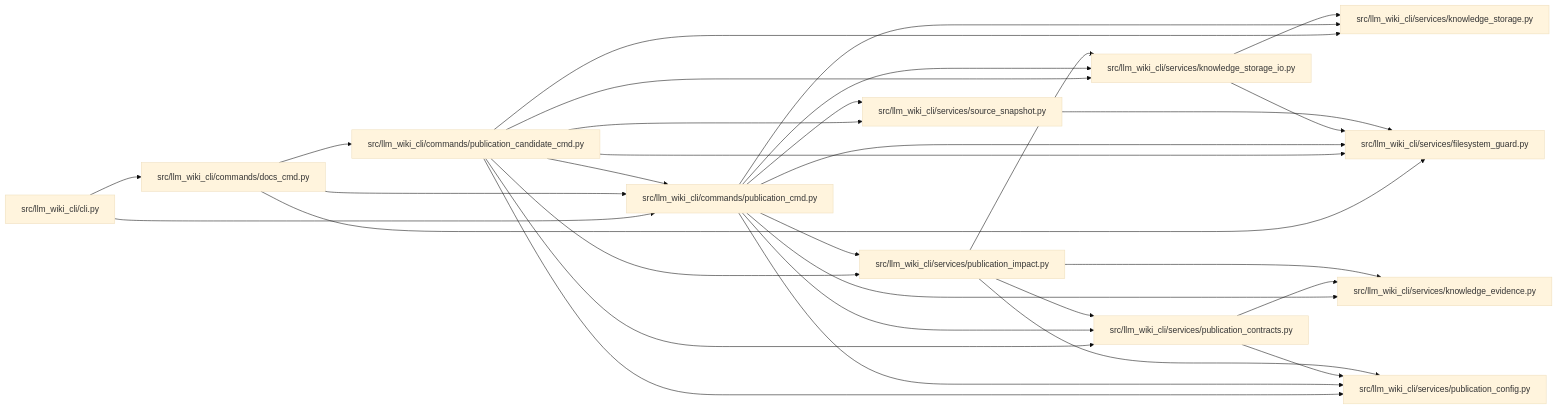
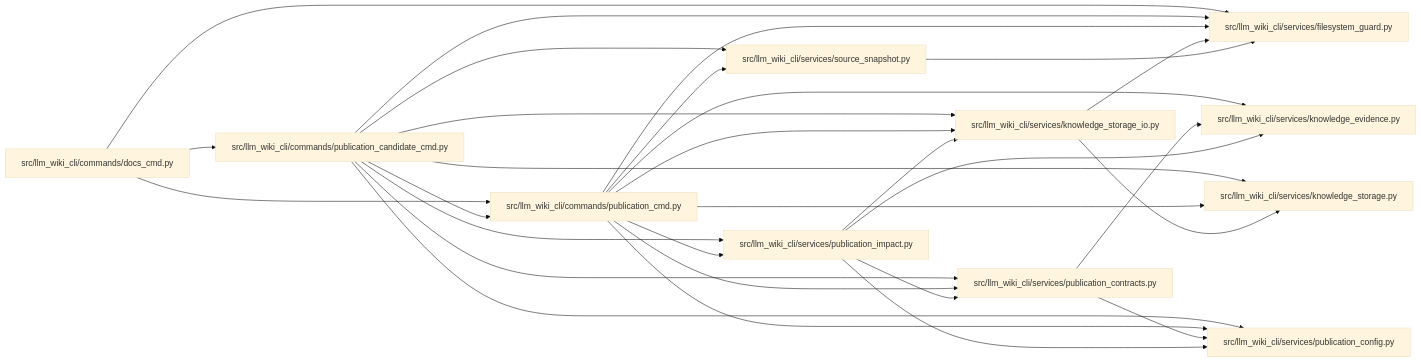
One commit to Denissvgn/python-wiki-llm changed the diagram in docs/llm_wiki/modules/publication_cmd.md. Above: the diagram before and after it, drawn with Mermaid (base theme). The commit also changed other lines of this file and 1555 other files, not shown here.

````diff
--- a/docs/llm_wiki/modules/publication_cmd.md
+++ b/docs/llm_wiki/modules/publication_cmd.md
@@ -31,57 +30,53 @@
 ```mermaid
 flowchart LR
-    n0["src/llm_wiki_cli/cli.py"]
-    n1["src/llm_wiki_cli/commands/docs_cmd.py"]
-    n2["src/llm_wiki_cli/commands/publication_candidate_cmd.py"]
-    n3["src/llm_wiki_cli/commands/publication_cmd.py"]
-    n4["src/llm_wiki_cli/services/filesystem_guard.py"]
-    n5["src/llm_wiki_cli/services/knowledge_evidence.py"]
-    n6["src/llm_wiki_cli/services/knowledge_storage.py"]
-    n7["src/llm_wiki_cli/services/knowledge_storage_io.py"]
-    n8["src/llm_wiki_cli/services/publication_config.py"]
-    n9["src/llm_wiki_cli/services/publication_contracts.py"]
-    n10["src/llm_wiki_cli/services/publication_impact.py"]
-    n11["src/llm_wiki_cli/services/source_snapshot.py"]
+    n0["src/llm_wiki_cli/commands/docs_cmd.py"]
+    n1["src/llm_wiki_cli/commands/publication_candidate_cmd.py"]
+    n2["src/llm_wiki_cli/commands/publication_cmd.py"]
+    n3["src/llm_wiki_cli/services/filesystem_guard.py"]
+    n4["src/llm_wiki_cli/services/knowledge_evidence.py"]
+    n5["src/llm_wiki_cli/services/knowledge_storage.py"]
+    n6["src/llm_wiki_cli/services/knowledge_storage_io.py"]
+    n7["src/llm_wiki_cli/services/publication_config.py"]
+    n8["src/llm_wiki_cli/services/publication_contracts.py"]
+    n9["src/llm_wiki_cli/services/publication_impact.py"]
+    n10["src/llm_wiki_cli/services/source_snapshot.py"]
     n0 --> n1
+    n0 --> n2
     n0 --> n3
     n1 --> n2
     n1 --> n3
-    n1 --> n4
+    n1 --> n5
+    n1 --> n6
+    n1 --> n7
+    n1 --> n8
+    n1 --> n9
+    n1 --> n10
     n2 --> n3
     n2 --> n4
+    n2 --> n5
     n2 --> n6
     n2 --> n7
     n2 --> n8
     n2 --> n9
     n2 --> n10
-    n2 --> n11
-    n3 --> n4
-    n3 --> n5
-    n3 --> n6
-    n3 --> n7
-    n3 --> n8
-    n3 --> n9
-    n3 --> n10
-    n3 --> n11
-    n7 --> n4
-    n7 --> n6
-    n9 --> n5
+    n6 --> n3
+    n6 --> n5
+    n8 --> n4
+    n8 --> n7
+    n9 --> n4
+    n9 --> n6
+    n9 --> n7
     n9 --> n8
-    n10 --> n5
-    n10 --> n7
-    n10 --> n8
-    n10 --> n9
-    n11 --> n4
-    click n0 "../modules/cli.md"
-    click n1 "../modules/docs_cmd.md"
-    click n2 "../modules/publication_candidate_cmd.md"
-    click n3 "../modules/publication_cmd.md"
-    click n4 "../modules/filesystem_guard.md"
-    click n5 "../modules/knowledge_evidence.md"
-    click n6 "../modules/knowledge_storage.md"
-    click n7 "../modules/knowledge_storage_io.md"
-    click n8 "../modules/publication_config.md"
-    click n9 "../modules/publication_contracts.md"
-    click n10 "../modules/publication_impact.md"
-    click n11 "../modules/source_snapshot.md"
+    n10 --> n3
+    click n0 "../modules/docs_cmd.md"
+    click n1 "../modules/publication_candidate_cmd.md"
+    click n2 "../modules/publication_cmd.md"
+    click n3 "../modules/filesystem_guard.md"
+    click n4 "../modules/knowledge_evidence.md"
+    click n5 "../modules/knowledge_storage.md"
+    click n6 "../modules/knowledge_storage_io.md"
+    click n7 "../modules/publication_config.md"
+    click n8 "../modules/publication_contracts.md"
+    click n9 "../modules/publication_impact.md"
+    click n10 "../modules/source_snapshot.md"
 ```
````
